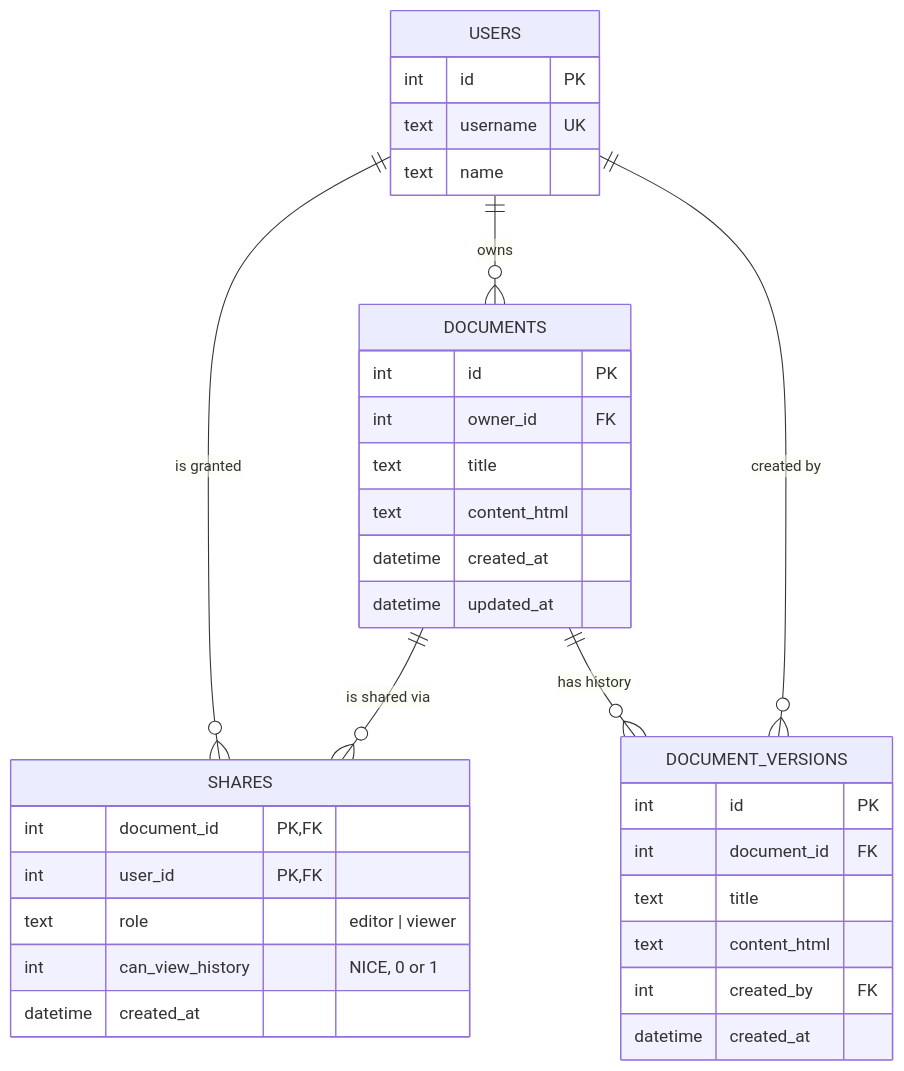
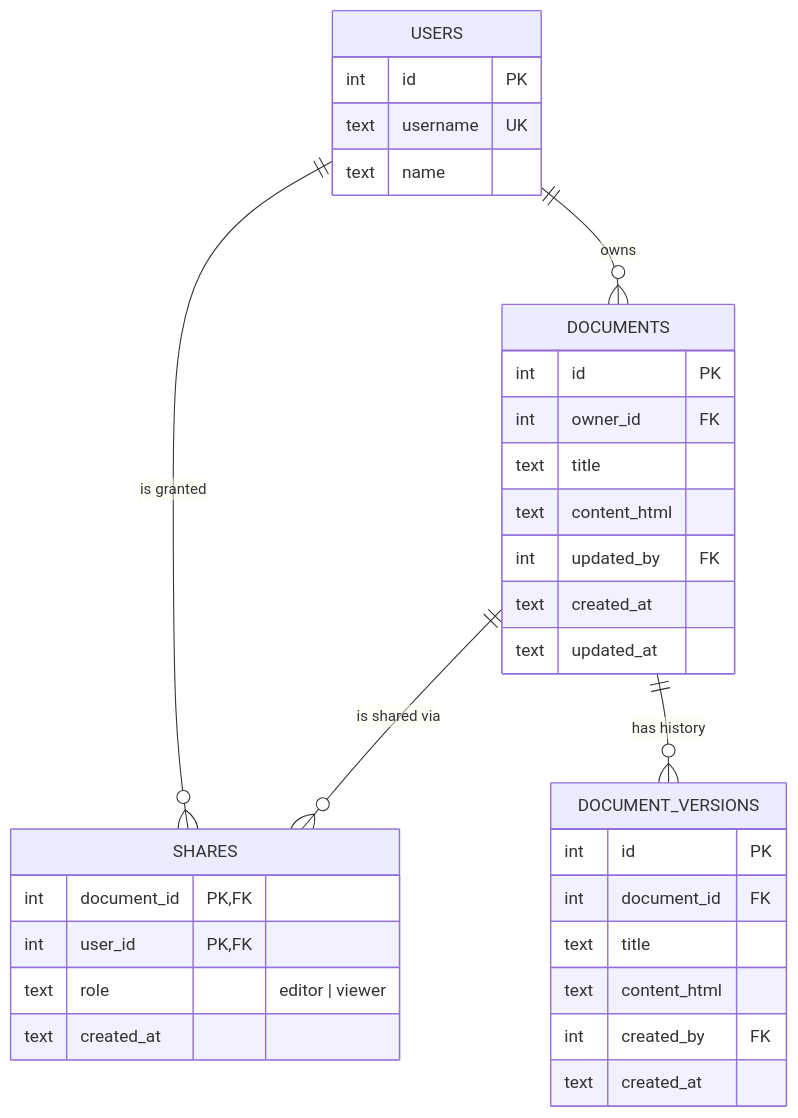
Before and after one commit to motolomibay/ajaia-docs: the second of 5 diagrams in ARCHITECTURE.md, drawn with Mermaid. The commit also changed other lines of this file and 17 other files, not shown here.

Commit message:
Write-ups: README, final architecture, AI workflow, submission, screenshots, sample files

````diff
--- a/ARCHITECTURE.md
+++ b/ARCHITECTURE.md
@@ -60,36 +70,35 @@
 ```mermaid
 erDiagram
   USERS ||--o{ DOCUMENTS : owns
   USERS ||--o{ SHARES : "is granted"
   DOCUMENTS ||--o{ SHARES : "is shared via"
   DOCUMENTS ||--o{ DOCUMENT_VERSIONS : "has history"
-  USERS ||--o{ DOCUMENT_VERSIONS : "created by"
   USERS {
     int id PK
     text username UK
     text name
   }
   DOCUMENTS {
     int id PK
     int owner_id FK
     text title
     text content_html
-    datetime created_at
-    datetime updated_at
+    int updated_by FK
+    text created_at
+    text updated_at
   }
   SHARES {
     int document_id PK,FK
     int user_id PK,FK
     text role "editor | viewer"
-    int can_view_history "NICE, 0 or 1"
-    datetime created_at
+    text created_at
   }
   DOCUMENT_VERSIONS {
     int id PK
     int document_id FK
     text title
     text content_html
     int created_by FK
-    datetime created_at
+    text created_at
   }
 ```
````
